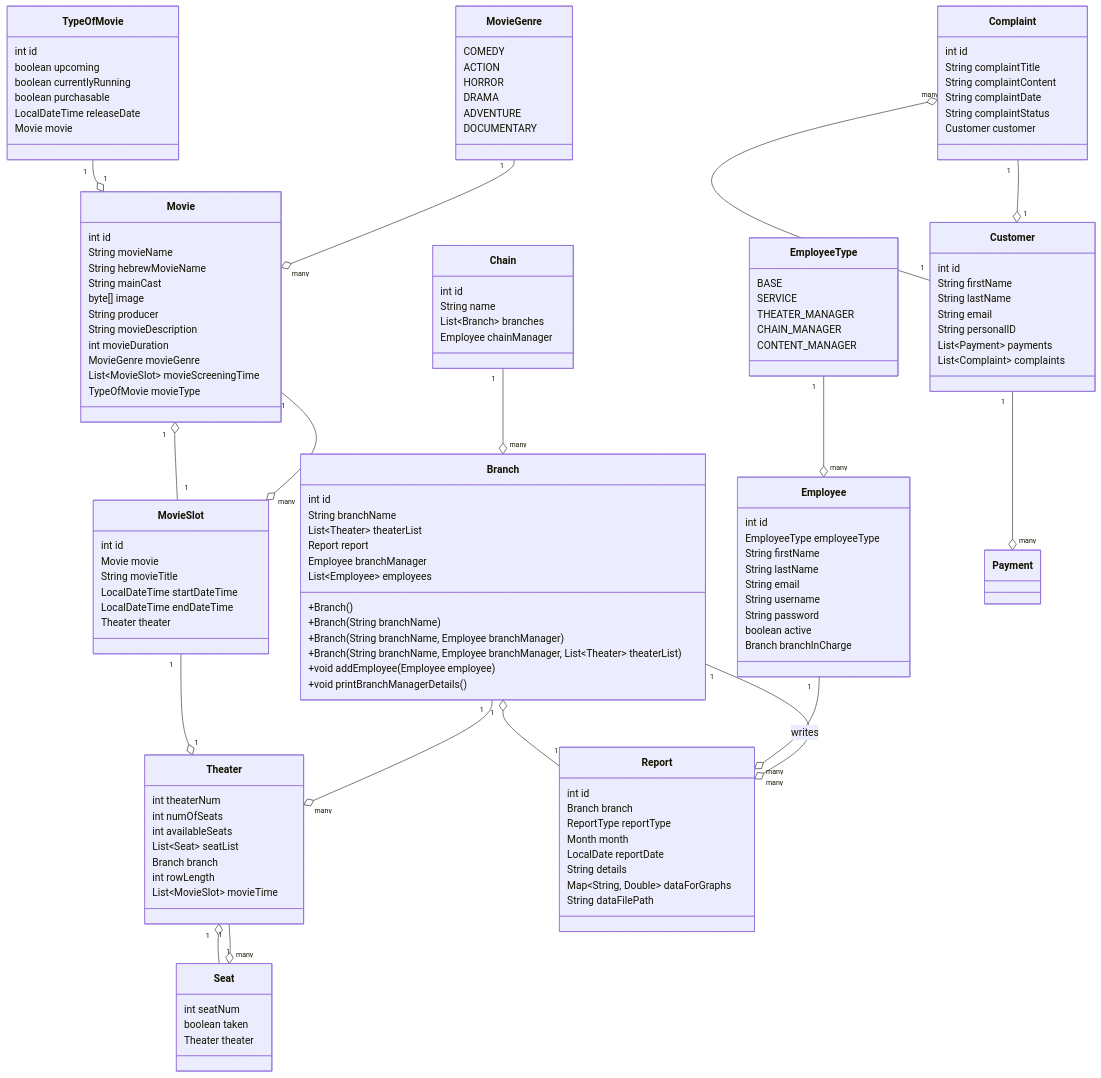
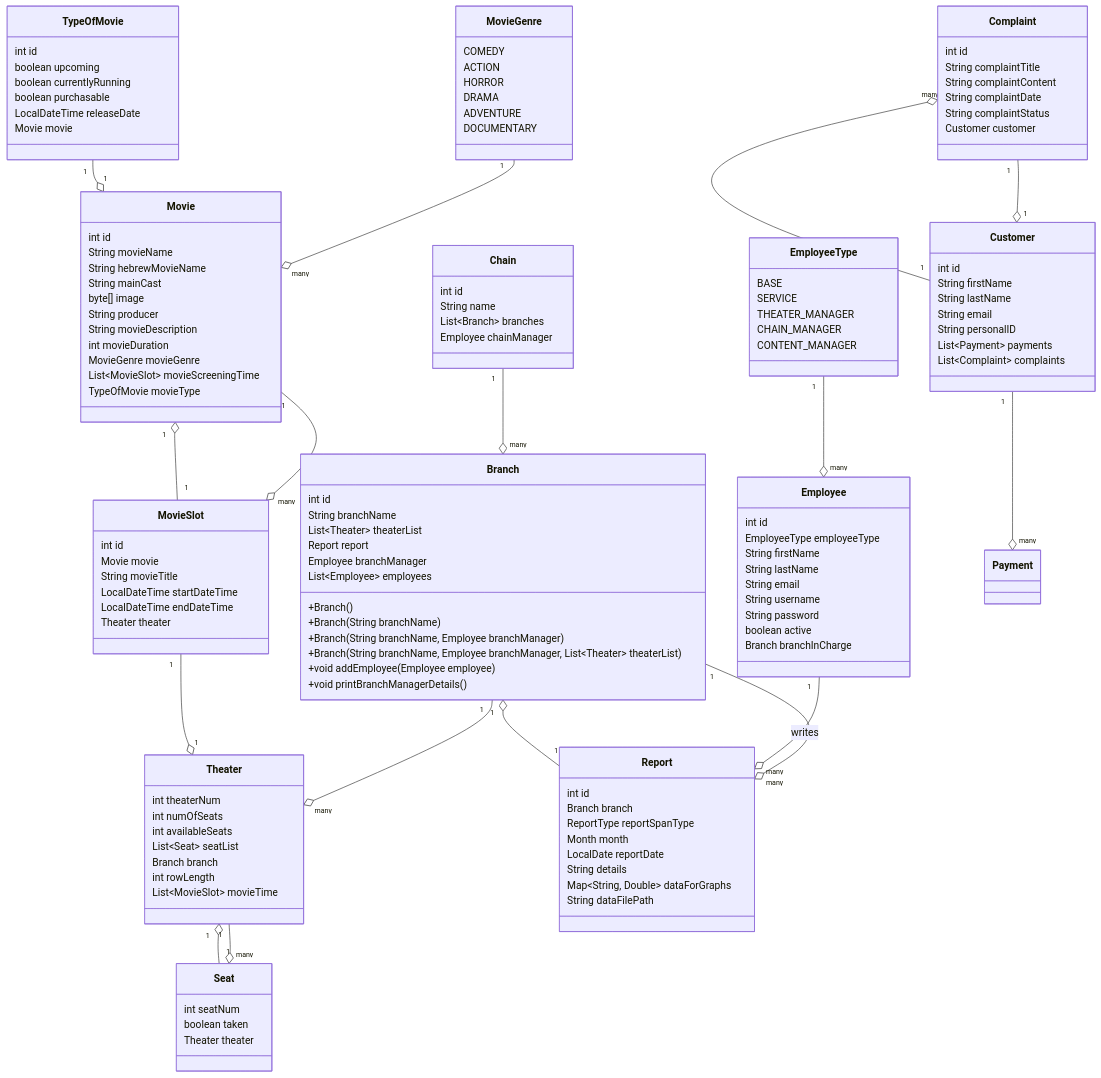
One commit to evya1/software_design_project changed the first of 2 diagrams in doc/ENTITY_OVERVIEW.md. Above: the diagram before and after it, drawn with Mermaid. The commit also changed 57 other files, not shown here.

```diff
--- a/doc/ENTITY_OVERVIEW.md
+++ b/doc/ENTITY_OVERVIEW.md
@@ -101,7 +101,7 @@
   class Report {
     int id
     Branch branch
-    ReportType reportType
+    ReportType reportSpanType
     Month month
     LocalDate reportDate
     String details
```
